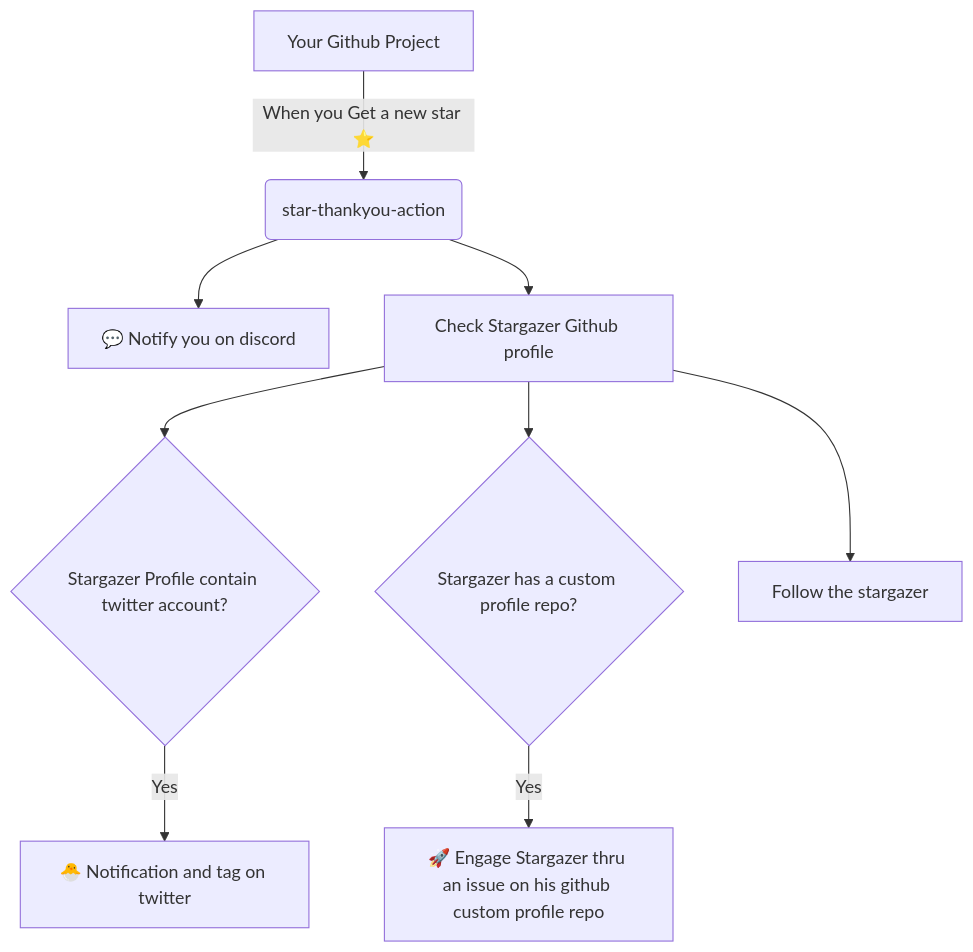
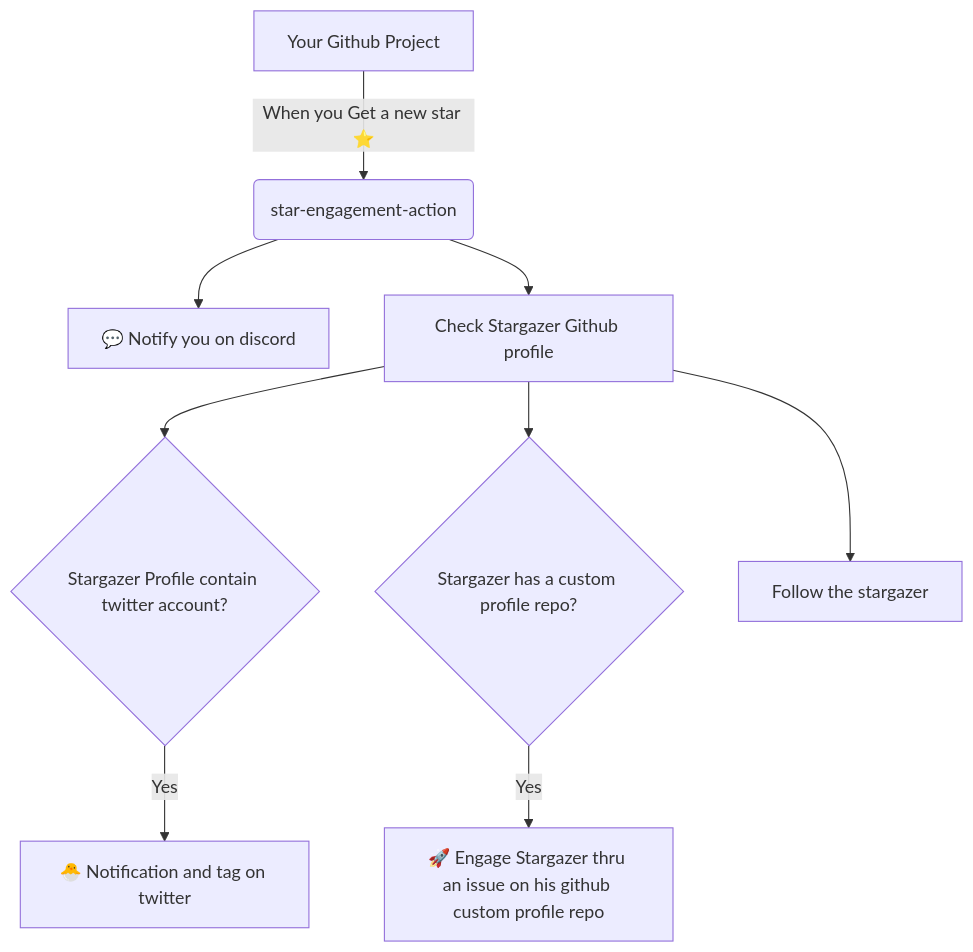
One commit to atalent-labs/star-engagement-action changed the diagram in README.md. Above: the diagram before and after it, drawn with Mermaid.

````diff
--- a/README.md
+++ b/README.md
@@ -32,11 +32,11 @@
 ```mermaid
 graph TD
-    Project[Your Github Project] -->|"When you Get a new star ⭐️"| Action("star-thankyou-action")
+    Project[Your Github Project] -->|"When you Get a new star ⭐️"| Action("star-engagement-action")
     Action --> Discord["💬 Notify you on discord"]
     Action --> Github["Check Stargazer Github profile"]
     Github --> hasTwitter{Stargazer Profile contain twitter account?}
     hasTwitter -->|Yes| Twitter["🐣 Notification and tag on twitter"]
     Github --> GithubProfile{Stargazer has a custom profile repo?}
     GithubProfile -->|Yes| ProfileRepo["🚀 Engage Stargazer thru an issue on his github custom profile repo"]
     Github --> GithubFollow["Follow the stargazer"]
 ```
````
